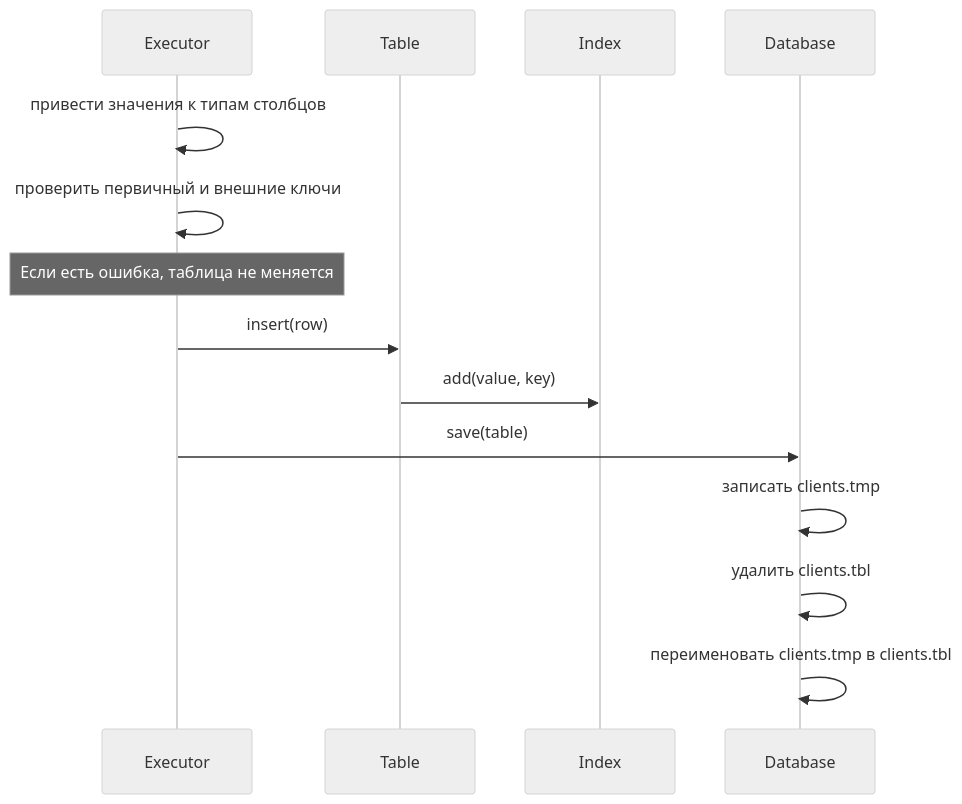
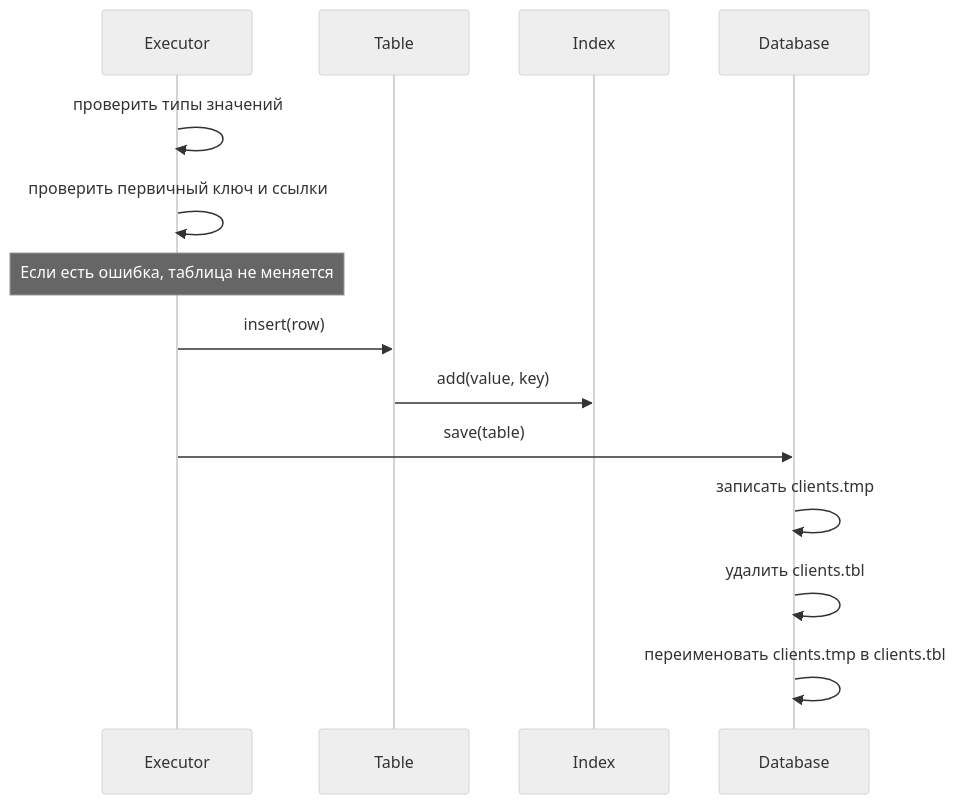
The fourth of 4 diagrams in readme.md (sergei0908/Java2), drawn with Mermaid (neutral theme) before and after one commit. The commit also changed other lines of this file and 9 other files, not shown here.

````diff
--- a/readme.md
+++ b/readme.md
@@ -317,17 +276,17 @@
 ```mermaid
 sequenceDiagram
     participant E as Executor
     participant T as Table
     participant I as Index
     participant D as Database
 
-    E->>E: привести значения к типам столбцов
-    E->>E: проверить первичный и внешние ключи
+    E->>E: проверить типы значений
+    E->>E: проверить первичный ключ и ссылки
     Note over E: Если есть ошибка, таблица не меняется
     E->>T: insert(row)
     T->>I: add(value, key)
     E->>D: save(table)
     D->>D: записать clients.tmp
     D->>D: удалить clients.tbl
     D->>D: переименовать clients.tmp в clients.tbl
 ```
````
